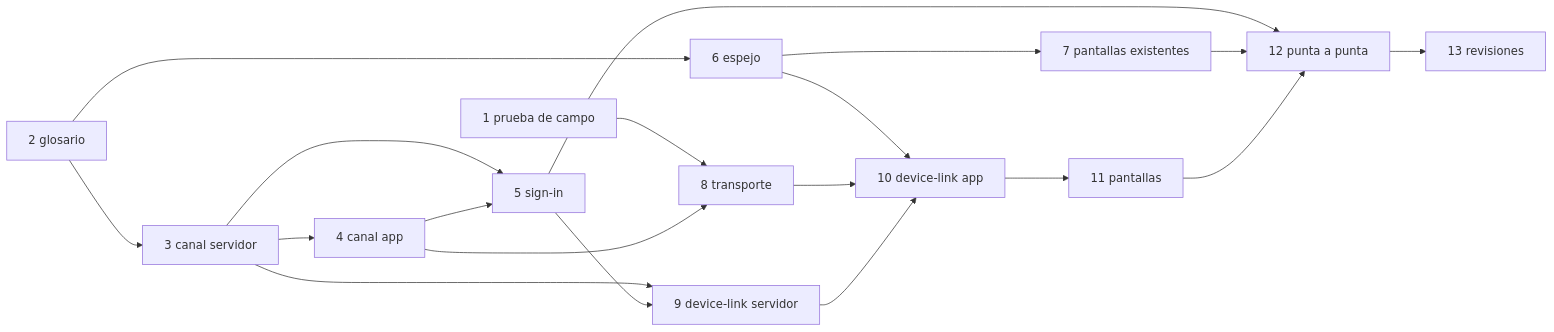
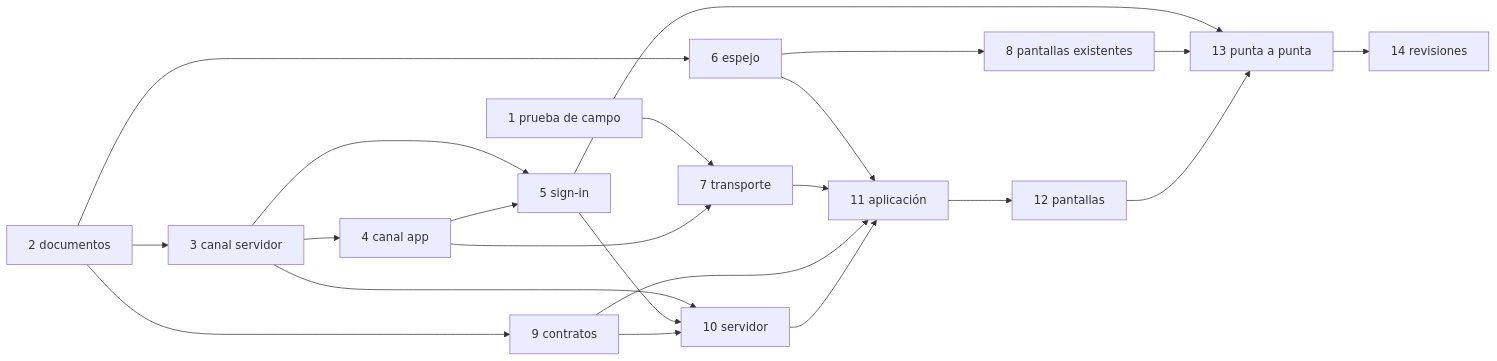
Before and after one commit to carlos-illobre/ferrebress: diagram 13 of 13 in docs/technical/modules/device-link.md, drawn with Mermaid. The commit also changed other lines of this file and 10 other files, not shown here.

````diff
--- a/docs/technical/modules/device-link.md
+++ b/docs/technical/modules/device-link.md
@@ -1160,21 +1397,24 @@
 ```mermaid
 flowchart LR
-  T1[1 prueba de campo] --> T8
-  T2[2 glosario] --> T3[3 canal servidor]
+  T1[1 prueba de campo] --> T7
+  T2[2 documentos] --> T3[3 canal servidor]
   T2 --> T6[6 espejo]
+  T2 --> T9[9 contratos]
   T3 --> T4[4 canal app]
   T3 --> T5[5 sign-in]
   T4 --> T5
-  T4 --> T8[8 transporte]
-  T3 --> T9[9 device-link servidor]
-  T5 --> T9
-  T6 --> T7[7 pantallas existentes]
-  T6 --> T10[10 device-link app]
-  T8 --> T10
+  T4 --> T7[7 transporte]
+  T3 --> T10[10 servidor]
+  T5 --> T10
   T9 --> T10
-  T10 --> T11[11 pantallas]
-  T5 --> T12[12 punta a punta]
-  T7 --> T12
-  T11 --> T12
-  T12 --> T13[13 revisiones]
+  T6 --> T8[8 pantallas existentes]
+  T6 --> T11[11 aplicación]
+  T7 --> T11
+  T9 --> T11
+  T10 --> T11
+  T11 --> T12[12 pantallas]
+  T5 --> T13[13 punta a punta]
+  T8 --> T13
+  T12 --> T13
+  T13 --> T14[14 revisiones]
 ```
````
